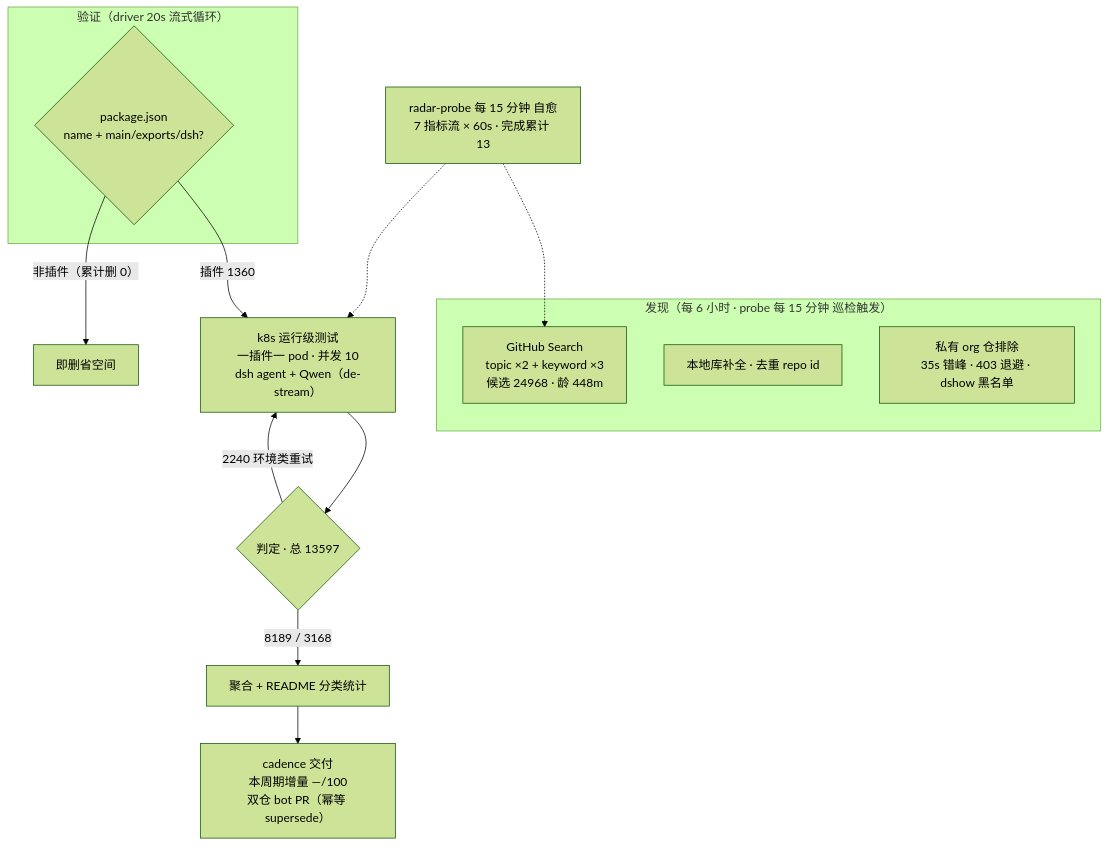
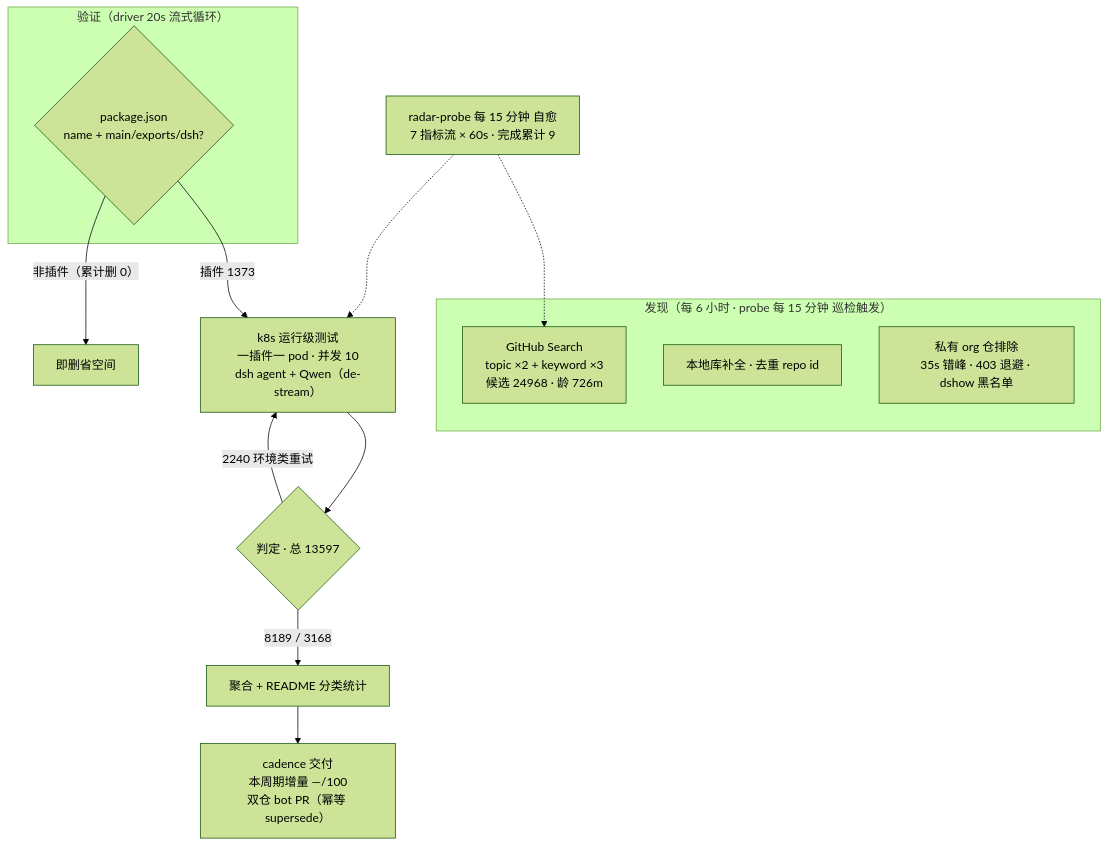
The diagram in README.md (Zhidao-Lab-OSS/awesome-dsh-plugins), drawn with Mermaid (forest theme) before and after one commit. The commit also changed other lines of this file and 1 other file, not shown here.

Commit message:
readme-render: 渲染自快照 20260930T174501Z（自托管 Bot B · merge 门控）

````diff
--- a/README.md
+++ b/README.md
@@ -99,20 +99,20 @@
 ```mermaid
 flowchart TB
     subgraph Discovery["发现（每 6 小时 · probe 每 15 分钟 巡检触发）"]
-        A1["GitHub Search<br/>topic ×2 + keyword ×3<br/>候选 24968 · 龄 448m"]
+        A1["GitHub Search<br/>topic ×2 + keyword ×3<br/>候选 24968 · 龄 726m"]
         A2["本地库补全 · 去重 repo id"]
         A3["私有 org 仓排除<br/>35s 错峰 · 403 退避 · dshow 黑名单"]
     end
     subgraph Validation["验证（driver 20s 流式循环）"]
         B1{"package.json<br/>name + main/exports/dsh?"}
     end
-    B1 -->|"插件 1360"| C1["k8s 运行级测试<br/>一插件一 pod · 并发 10<br/>dsh agent + Qwen（de-stream）"]
+    B1 -->|"插件 1373"| C1["k8s 运行级测试<br/>一插件一 pod · 并发 10<br/>dsh agent + Qwen（de-stream）"]
     B1 -->|"非插件（累计删 0）"| B3["即删省空间"]
     C1 --> D1{"判定 · 总 13597"}
     D1 -->|"8189 / 3168"| E1["聚合 + README 分类统计"]
     D1 -->|"2240 环境类重试"| C1
     E1 --> E2["cadence 交付<br/>本周期增量 —/100<br/>双仓 bot PR（幂等 supersede）"]
-    M["radar-probe 每 15 分钟 自愈<br/>7 指标流 × 60s · 完成累计 13"]
+    M["radar-probe 每 15 分钟 自愈<br/>7 指标流 × 60s · 完成累计 9"]
     M -.-> A1
     M -.-> C1
 ```
````
